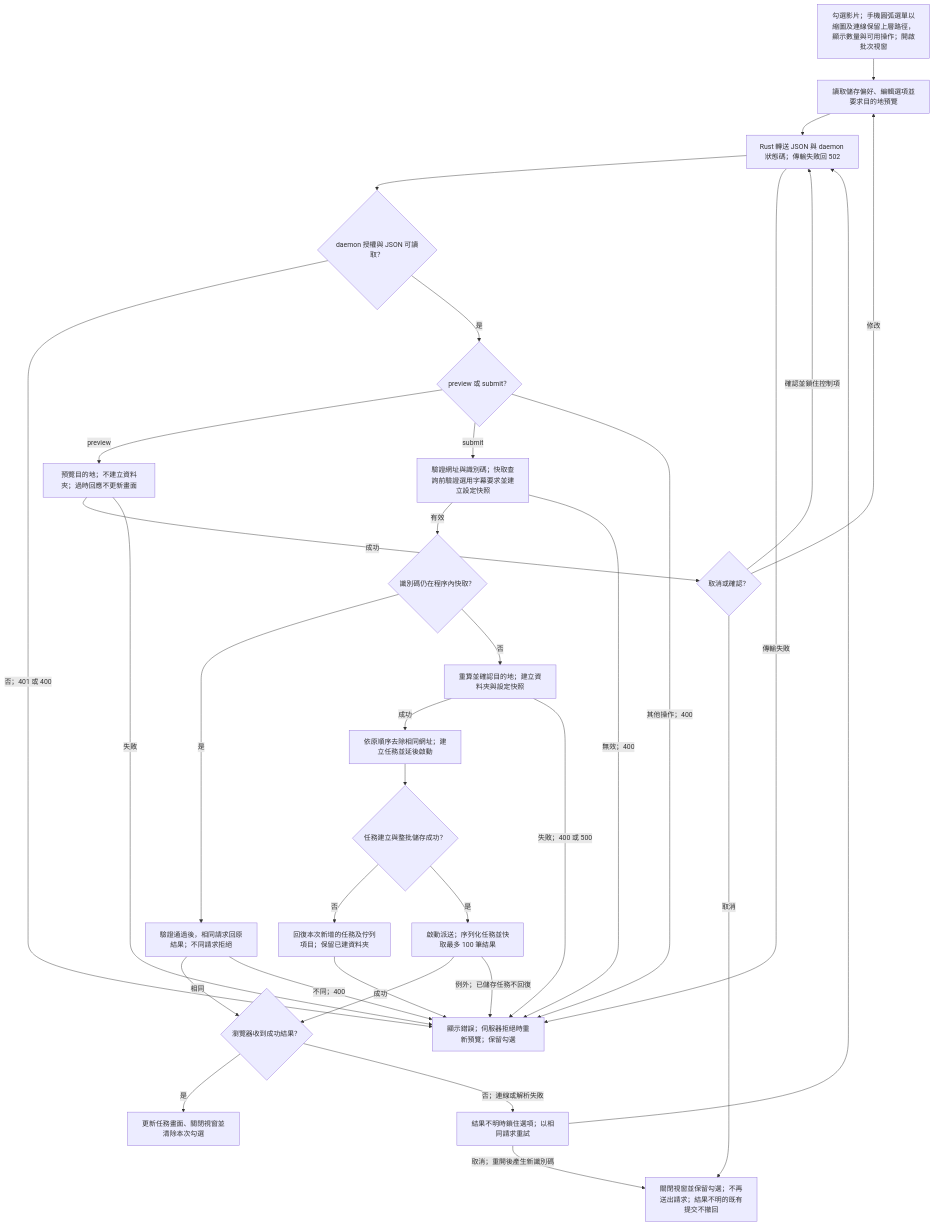
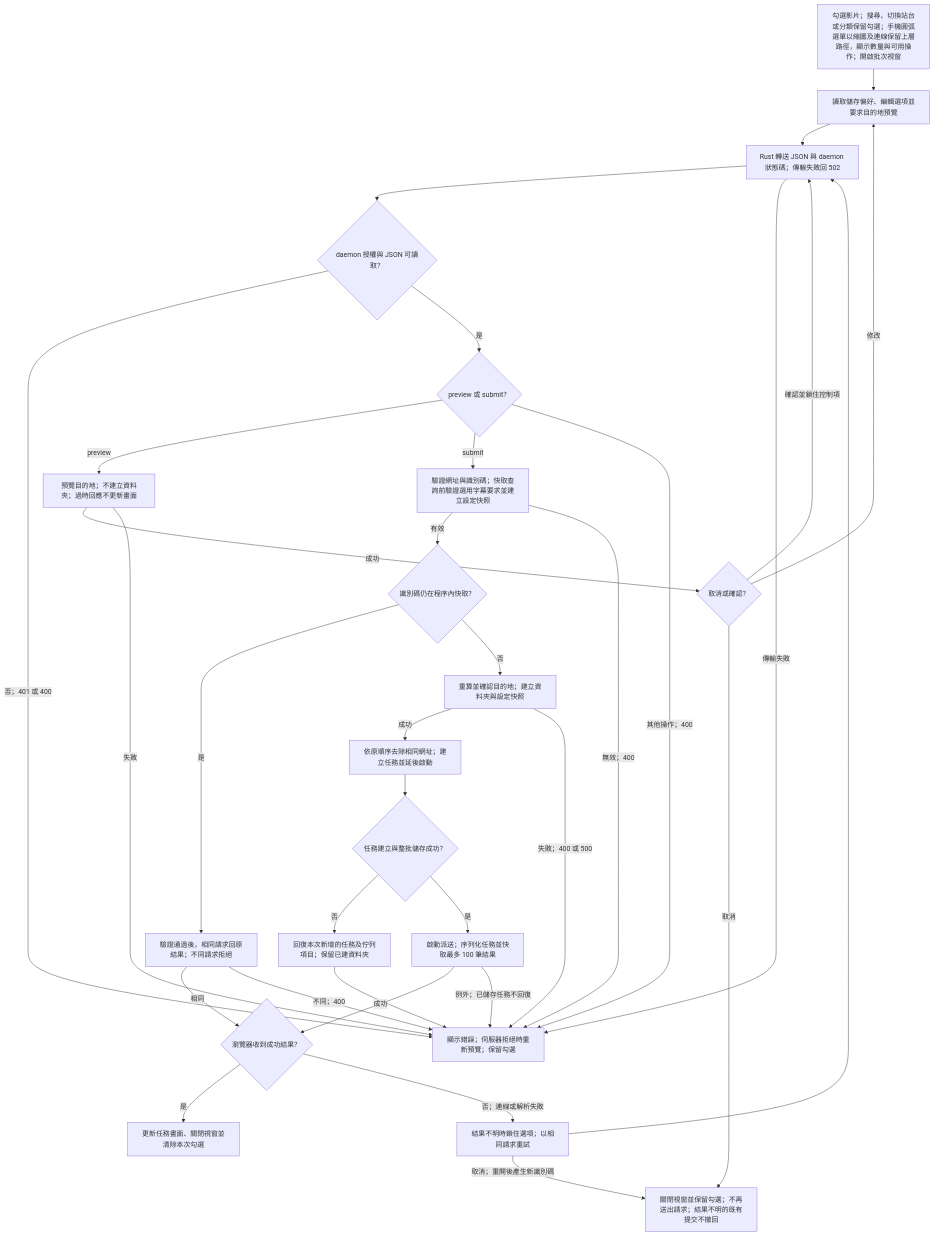
One commit to CloudWorkTools/UAV-Downloader changed the diagram in docs/flows/download.batch.mmd. Above: the diagram before and after it, drawn with Mermaid. The commit also changed 5 other files, not shown here.

```diff
--- a/docs/flows/download.batch.mmd
+++ b/docs/flows/download.batch.mmd
@@ -1,53 +1,53 @@
 flowchart TD
-UI["勾選影片；手機圓弧選單以縮圖及連線保留上層路徑，顯示數量與可用操作；開啟批次視窗"]
+UI["勾選影片；搜尋、切換站台或分類保留勾選；手機圓弧選單以縮圖及連線保留上層路徑，顯示數量與可用操作；開啟批次視窗"]
 PREVIEW["讀取儲存偏好、編輯選項並要求目的地預覽"]
 RPC["Rust 轉送 JSON 與 daemon 狀態碼；傳輸失敗回 502"]
 AUTH{"daemon 授權與 JSON 可讀取？"}
 ACTION{"preview 或 submit？"}
 DEST["預覽目的地；不建立資料夾；過時回應不更新畫面"]
 CONFIRM{"取消或確認？"}
 VALID["驗證網址與識別碼；快取查詢前驗證選用字幕要求並建立設定快照"]
 CACHED{"識別碼仍在程序內快取？"}
 REPLAY["驗證通過後，相同請求回原結果；不同請求拒絕"]
 COMMIT["重算並確認目的地；建立資料夾與設定快照"]
 ADD["依原順序去除相同網址；建立任務並延後啟動"]
 SAVE{"任務建立與整批儲存成功？"}
 ROLLBACK["回復本次新增的任務及佇列項目；保留已建資料夾"]
 START["啟動派送；序列化任務並快取最多 100 筆結果"]
 RESPONSE{"瀏覽器收到成功結果？"}
 DONE["更新任務畫面、關閉視窗並清除本次勾選"]
 RETRY["結果不明時鎖住選項；以相同請求重試"]
 ERROR["顯示錯誤；伺服器拒絕時重新預覽；保留勾選"]
 CANCEL["關閉視窗並保留勾選；不再送出請求；結果不明的既有提交不撤回"]
 UI --> PREVIEW
 PREVIEW --> RPC
 RPC --> AUTH
 RPC -->|傳輸失敗| ERROR
 AUTH -->|否；401 或 400| ERROR
 AUTH -->|是| ACTION
 ACTION -->|preview| DEST
 ACTION -->|submit| VALID
 ACTION -->|其他操作；400| ERROR
 DEST -->|成功| CONFIRM
 DEST -->|失敗| ERROR
 CONFIRM -->|修改| PREVIEW
 CONFIRM -->|取消| CANCEL
 CONFIRM -->|確認並鎖住控制項| RPC
 VALID -->|有效| CACHED
 VALID -->|無效；400| ERROR
 CACHED -->|是| REPLAY
 CACHED -->|否| COMMIT
 REPLAY -->|相同| RESPONSE
 REPLAY -->|不同；400| ERROR
 COMMIT -->|成功| ADD
 COMMIT -->|失敗；400 或 500| ERROR
 ADD --> SAVE
 SAVE -->|否| ROLLBACK
 ROLLBACK --> ERROR
 SAVE -->|是| START
 START -->|成功| RESPONSE
 START -->|例外；已儲存任務不回復| ERROR
 RESPONSE -->|是| DONE
 RESPONSE -->|否；連線或解析失敗| RETRY
 RETRY --> RPC
 RETRY -->|取消；重開後產生新識別碼| CANCEL
```
